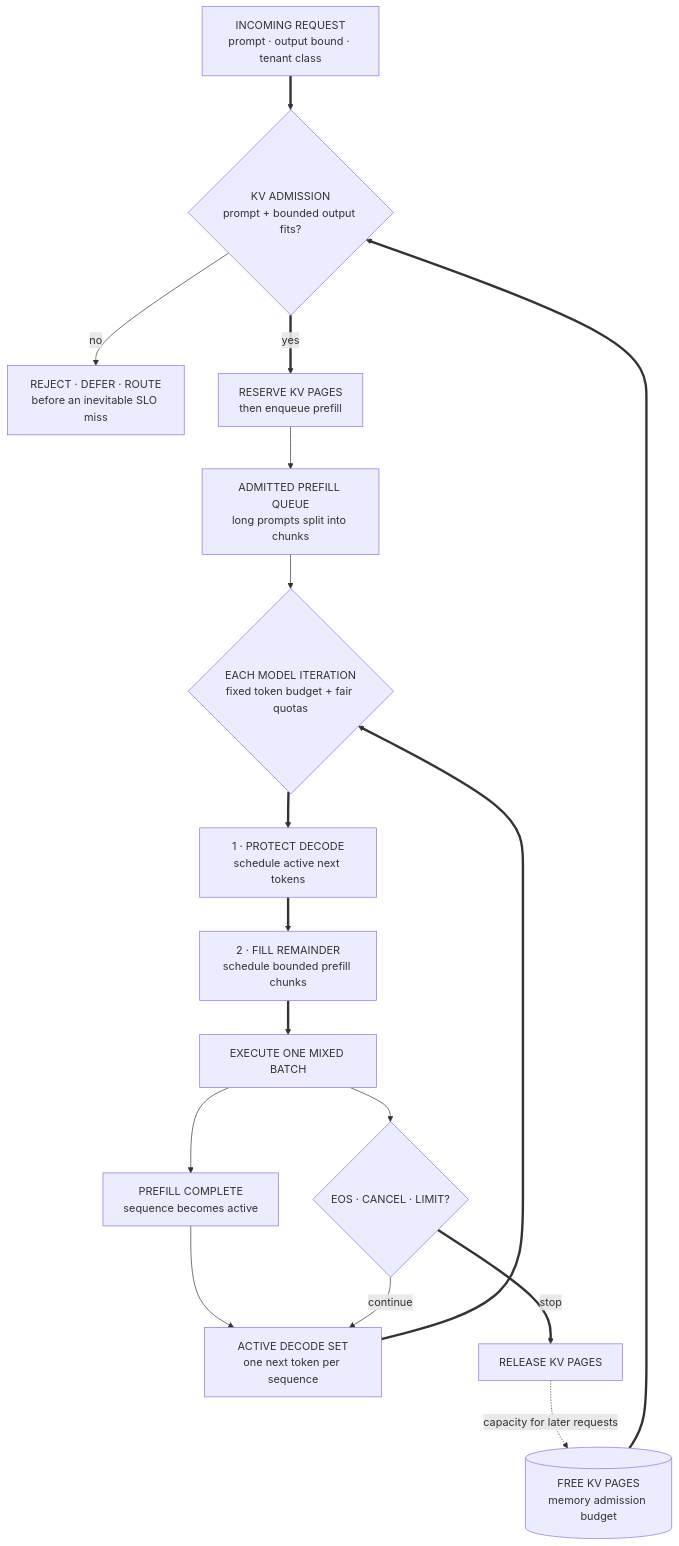
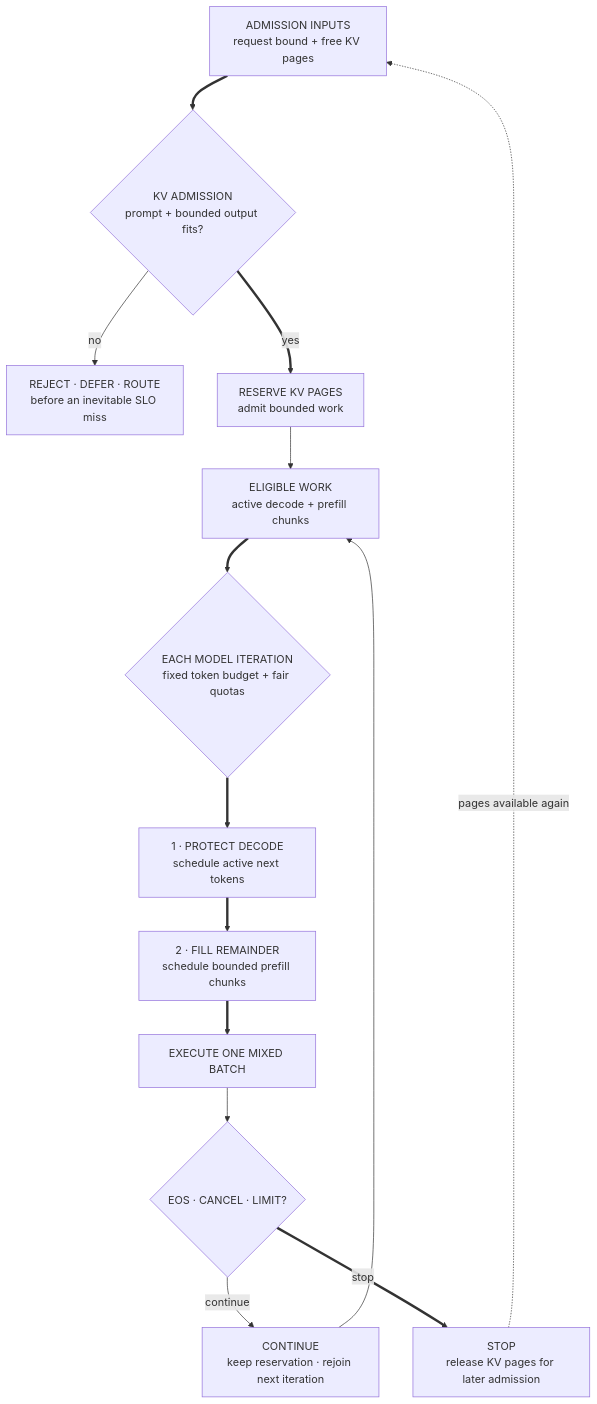
The diagram in src/content/posts/2026-07-11-design-production-llm-inference-service.md (mlmentorship/mlmentorship.github.io), drawn with Mermaid before and after one commit. The commit also changed other lines of this file and 17 other files, not shown here.

````diff
--- a/src/content/posts/2026-07-11-design-production-llm-inference-service.md
+++ b/src/content/posts/2026-07-11-design-production-llm-inference-service.md
@@ -92,44 +92,39 @@
 ```mermaid
 flowchart TB
   accTitle: Production LLM scheduling coordinates a KV-memory budget with a per-iteration token budget
-  accDescr: An incoming request first reaches KV admission, which estimates prompt tokens plus a bounded output allowance. A request that cannot fit is rejected, deferred, or routed elsewhere before it consumes model work. An admitted request reserves KV pages and enters the prefill queue. Each model iteration combines two eligible work sources: active sequences each receive one latency-sensitive decode token first, then remaining token capacity is filled with fair chunks from admitted prefills. Executed prefill chunks accumulate until a request becomes an active decode sequence. Executed decode tokens loop into the next iteration until end of sequence, cancellation, or an output limit releases the request's KV pages back to admission.
-  Request["INCOMING REQUEST<br/>prompt · output bound · tenant class"]
-  Capacity[("FREE KV PAGES<br/>memory admission budget")]
+  accDescr: A request's prompt and bounded output allowance are compared with free KV pages before model work begins. A request that cannot fit is rejected, deferred, or routed elsewhere. An admitted request reserves pages and joins eligible work containing active decode sequences and bounded prefill chunks. Each iteration spends its fixed token budget on one latency-sensitive token per active decode sequence first, then fills remaining capacity with fair prefill chunks. Continuing work keeps its reservation and rejoins the next iteration; end of sequence, cancellation, or a limit releases KV pages for later admission.
+  Inputs["ADMISSION INPUTS<br/>request bound + free KV pages"]
   Admit{"KV ADMISSION<br/>prompt + bounded output fits?"}
   Reject["REJECT · DEFER · ROUTE<br/>before an inevitable SLO miss"]
-  Reserve["RESERVE KV PAGES<br/>then enqueue prefill"]
-  Prefill["ADMITTED PREFILL QUEUE<br/>long prompts split into chunks"]
-  Decode["ACTIVE DECODE SET<br/>one next token per sequence"]
+  Reserve["RESERVE KV PAGES<br/>admit bounded work"]
+  Work["ELIGIBLE WORK<br/>active decode + prefill chunks"]
   Schedule{"EACH MODEL ITERATION<br/>fixed token budget + fair quotas"}
   Protect["1 · PROTECT DECODE<br/>schedule active next tokens"]
   Fill["2 · FILL REMAINDER<br/>schedule bounded prefill chunks"]
   Execute["EXECUTE ONE MIXED BATCH"]
-  Ready["PREFILL COMPLETE<br/>sequence becomes active"]
   Continue{"EOS · CANCEL · LIMIT?"}
-  Release["RELEASE KV PAGES"]
+  Rejoin["CONTINUE<br/>keep reservation · rejoin next iteration"]
+  Release["STOP<br/>release KV pages for later admission"]
 
-  Request ==> Admit
-  Capacity ==> Admit
+  Inputs ==> Admit
   Admit -->|"no"| Reject
   Admit ==>|"yes"| Reserve
-  Reserve --> Prefill
-  Decode ==> Schedule
-  Prefill --> Schedule
+  Reserve --> Work
+  Work ==> Schedule
   Schedule ==> Protect
   Protect ==> Fill
   Fill ==> Execute
-  Execute --> Ready
-  Ready --> Decode
   Execute --> Continue
-  Continue -->|"continue"| Decode
+  Continue -->|"continue"| Rejoin
   Continue ==>|"stop"| Release
-  Release -.->|"capacity for later requests"| Capacity
+  Rejoin --> Work
+  Release -.->|"pages available again"| Inputs
 
-  class Request viz-input
-  class Capacity,Reserve,Decode viz-state
+  class Inputs viz-input
+  class Reserve,Work,Rejoin viz-state
   class Admit,Schedule,Protect,Fill viz-focus
-  class Prefill,Execute,Ready viz-neutral
+  class Execute viz-neutral
   class Release viz-output
   class Reject viz-warning
-  class Request viz-tall
+  class Inputs viz-wide
 ```
````
